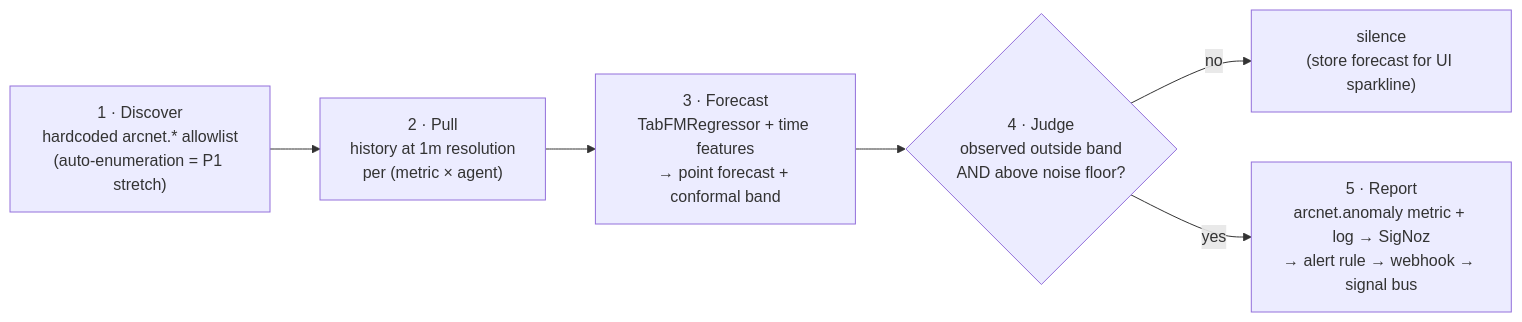
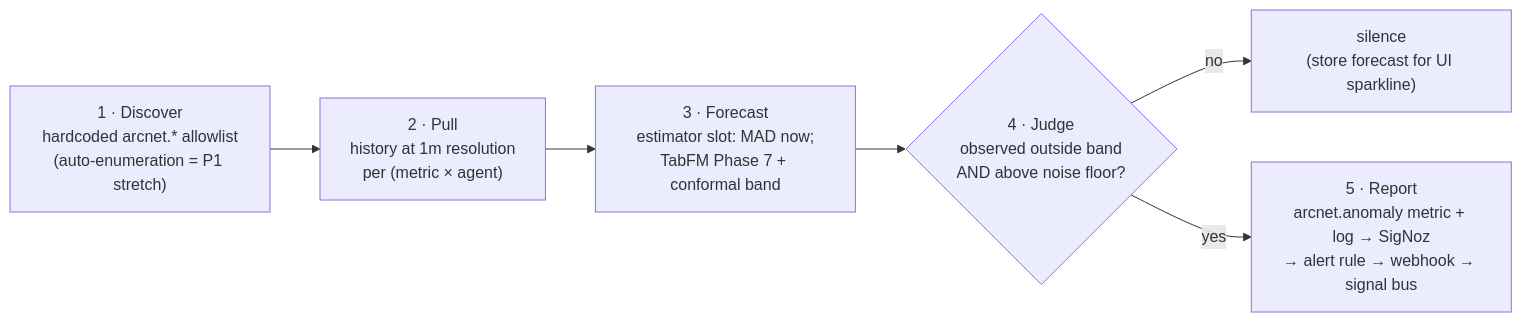
One commit to chiruu12/arcnet changed the diagram in docs/07-griffin-anomaly.md. Above: the diagram before and after it, drawn with Mermaid. The commit also changed other lines of this file and 4 other files, not shown here.

Commit message:
align docs to MAD + TabFM Phase 7

````diff
--- a/docs/07-griffin-anomaly.md
+++ b/docs/07-griffin-anomaly.md
@@ -20,8 +24,8 @@
 ```mermaid
 flowchart LR
     A["1 · Discover<br/>hardcoded arcnet.* allowlist<br/>(auto-enumeration = P1 stretch)"] --> B["2 · Pull<br/>history at 1m resolution<br/>per (metric × agent)"]
-    B --> C["3 · Forecast<br/>TabFMRegressor + time features<br/>→ point forecast + conformal band"]
+    B --> C["3 · Forecast<br/>estimator slot: MAD now;<br/>TabFM Phase 7 + conformal band"]
     C --> D{"4 · Judge<br/>observed outside band<br/>AND above noise floor?"}
     D -- no --> E["silence<br/>(store forecast for UI sparkline)"]
     D -- yes --> F["5 · Report<br/>arcnet.anomaly metric + log → SigNoz<br/>→ alert rule → webhook → signal bus"]
 ```
````
